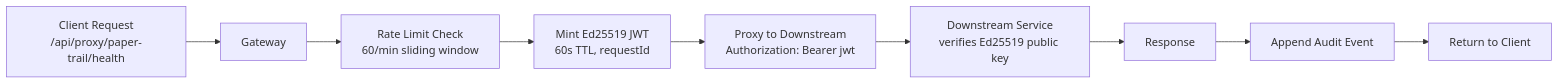
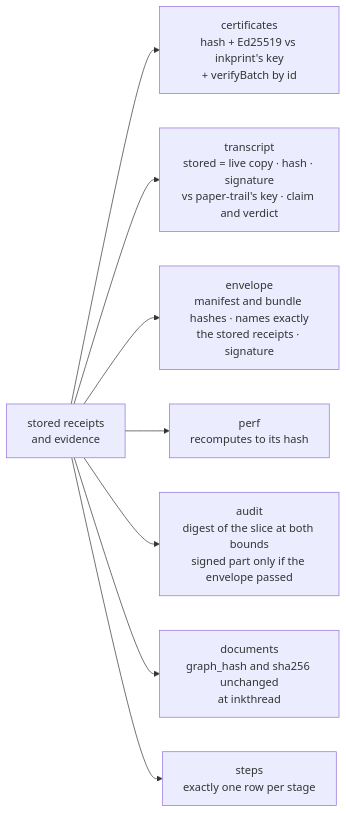
The fifth of 5 diagrams in docs/ARCHITECTURE.md (Abdul-Muizz1310/bastion), drawn with Mermaid before and after one commit. The commit also changed other lines of this file and 10 other files, not shown here.

````diff
--- a/docs/ARCHITECTURE.md
+++ b/docs/ARCHITECTURE.md
@@ -165,11 +204,10 @@
 ```mermaid
 flowchart LR
-    A[Client Request<br>/api/proxy/paper-trail/health] --> B[Gateway]
-    B --> C[Rate Limit Check<br>60/min sliding window]
-    C --> D[Mint Ed25519 JWT<br>60s TTL, requestId]
-    D --> E[Proxy to Downstream<br>Authorization: Bearer jwt]
-    E --> F[Downstream Service<br>verifies Ed25519 public key]
-    F --> G[Response]
-    G --> H[Append Audit Event]
-    H --> I[Return to Client]
+    R[stored receipts<br/>and evidence] --> C1[certificates<br/>hash + Ed25519 vs inkprint's key<br/>+ verifyBatch by id]
+    R --> C2[transcript<br/>stored = live copy · hash · signature<br/>vs paper-trail's key · claim and verdict]
+    R --> C3[envelope<br/>manifest and bundle hashes · names exactly<br/>the stored receipts · signature]
+    R --> C4[perf<br/>recomputes to its hash]
+    R --> C5[audit<br/>digest of the slice at both bounds<br/>signed part only if the envelope passed]
+    R --> C6[documents<br/>graph_hash and sha256 unchanged<br/>at inkthread]
+    R --> C7[steps<br/>exactly one row per stage]
 ```
````
